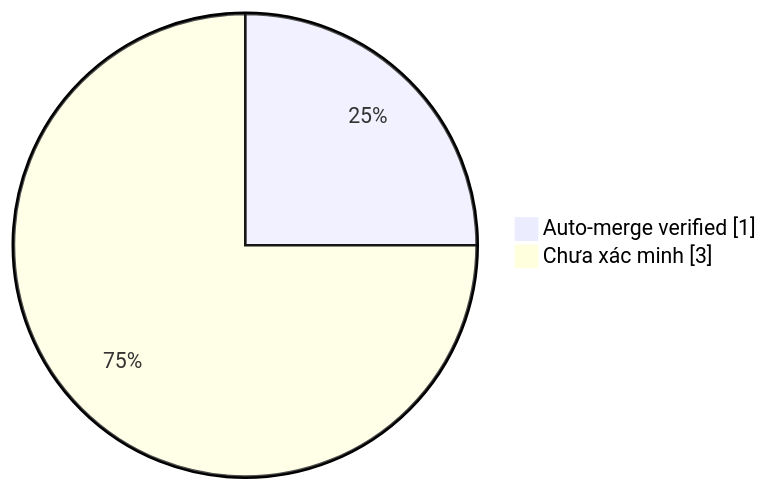
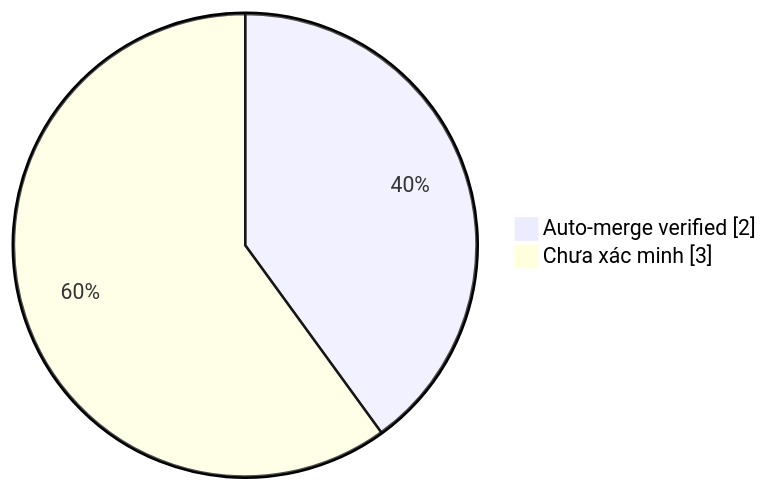
One commit to duykhang68/reddit-editor changed the diagram in collector.md. Above: the diagram before and after it, drawn with Mermaid. The commit also changed other lines of this file and 1 other file, not shown here.

Commit message:
docs(collector): update auto-merge evidence dashboard

````diff
--- a/collector.md
+++ b/collector.md
@@ -22,5 +22,5 @@
 ```mermaid
 pie showData
-    "Auto-merge verified" : 1
+    "Auto-merge verified" : 2
     "Chưa xác minh" : 3
 ```
````
